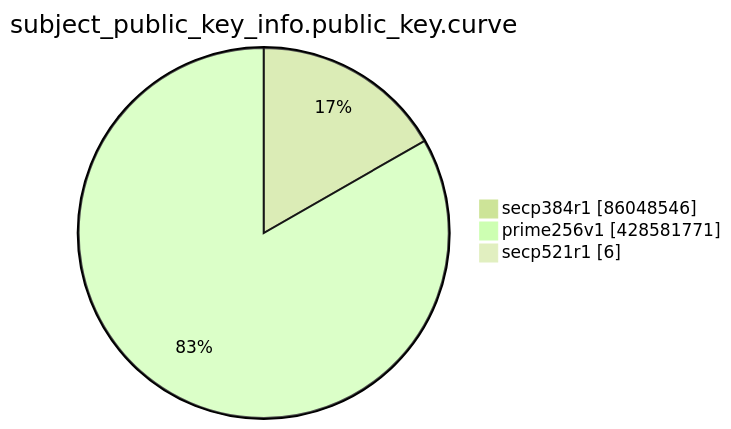
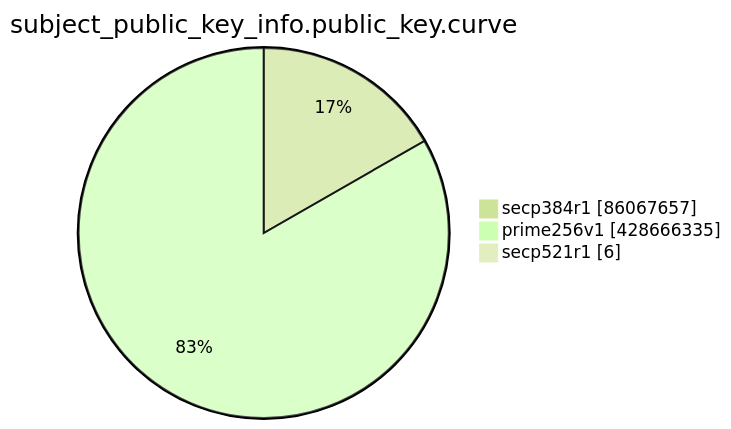
One commit to christiankrug/ctmonitor_visualization changed the eighth of 15 diagrams in TOTAL/README.md. Above: the diagram before and after it, drawn with Mermaid (forest theme). The commit also changed other lines of this file, not shown here.

````diff
--- a/TOTAL/README.md
+++ b/TOTAL/README.md
@@ -3100,7 +3100,7 @@
 ```mermaid
 pie showData
 title subject_public_key_info.public_key.curve
-"secp384r1" :86048546
-"prime256v1" :428581771
+"secp384r1" :86067657
+"prime256v1" :428666335
 "secp521r1" :6
 ```
````
